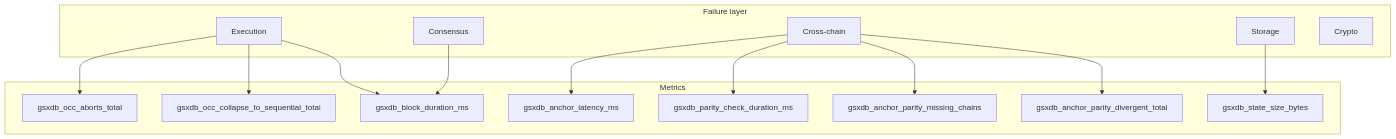
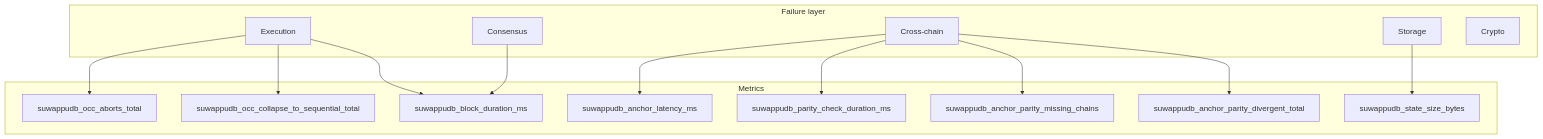
Before and after one commit to Suwappu-Labs/suwappu-db: the second of 2 diagrams in docs/spec/observability.md, drawn with Mermaid. The commit also changed other lines of this file and 232 other files, not shown here.

````diff
--- a/docs/spec/observability.md
+++ b/docs/spec/observability.md
@@ -103,29 +103,29 @@
 ```mermaid
 flowchart TB
     subgraph Layers[Failure layer]
         L1[Execution]
         L2[Consensus]
         L3[Storage]
         L4[Cross-chain]
         L5[Crypto]
     end
     subgraph Metrics
-        M1[gsxdb_occ_aborts_total]
-        M2[gsxdb_occ_collapse_to_sequential_total]
-        M3[gsxdb_block_duration_ms]
-        M4[gsxdb_anchor_latency_ms]
-        M5[gsxdb_parity_check_duration_ms]
-        M6[gsxdb_anchor_parity_missing_chains]
-        M7[gsxdb_anchor_parity_divergent_total]
-        M8[gsxdb_state_size_bytes]
+        M1[suwappudb_occ_aborts_total]
+        M2[suwappudb_occ_collapse_to_sequential_total]
+        M3[suwappudb_block_duration_ms]
+        M4[suwappudb_anchor_latency_ms]
+        M5[suwappudb_parity_check_duration_ms]
+        M6[suwappudb_anchor_parity_missing_chains]
+        M7[suwappudb_anchor_parity_divergent_total]
+        M8[suwappudb_state_size_bytes]
     end
     L1 --> M1
     L1 --> M2
     L1 --> M3
     L2 --> M3
     L3 --> M8
     L4 --> M4
     L4 --> M5
     L4 --> M6
     L4 --> M7
 ```
````
